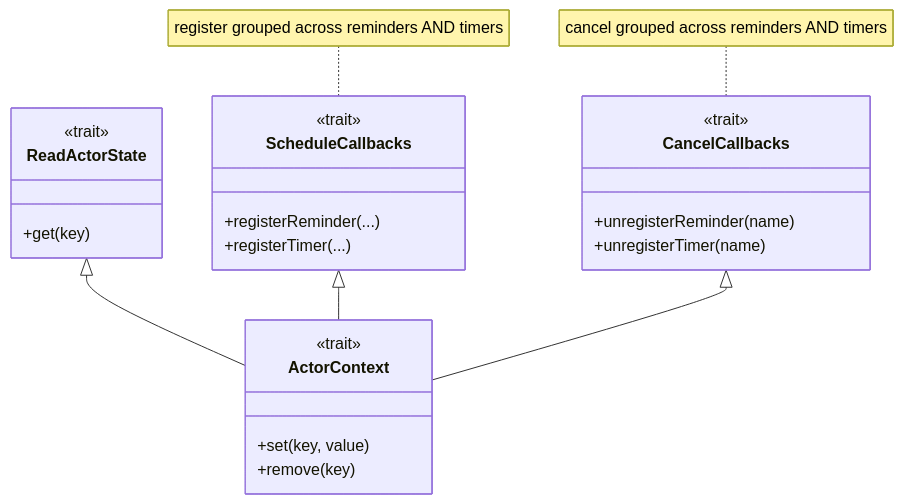
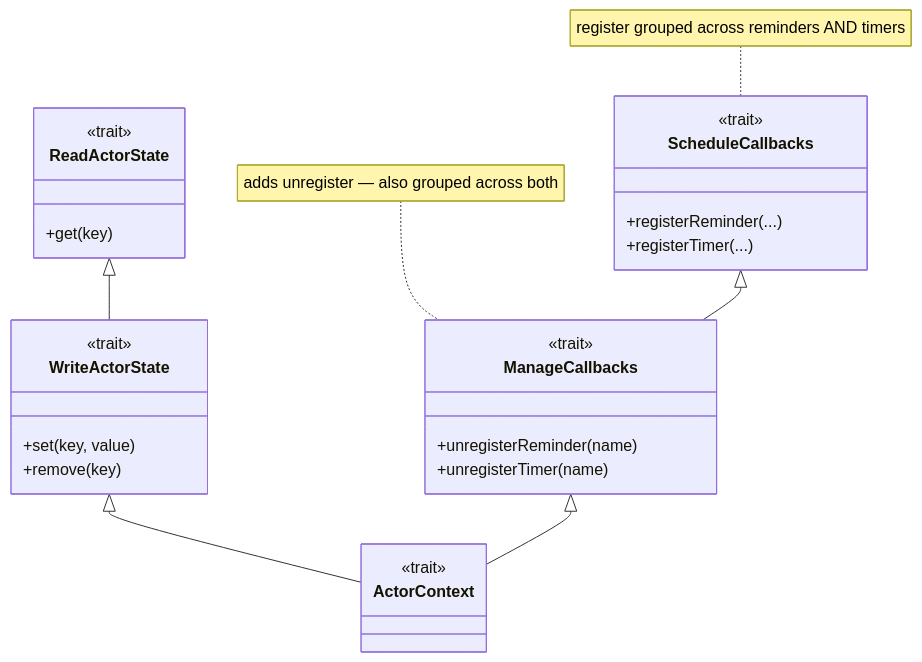
Diagram 12 of 36 in docs/CAPABILITY-SPLITS.md (sideeffffect/dapr4s), drawn with Mermaid before and after one commit. The commit also changed other lines of this file, not shown here.

First line of the commit message:
docs: make read-only-vs-rest the authority-split principle

````diff
--- a/docs/CAPABILITY-SPLITS.md
+++ b/docs/CAPABILITY-SPLITS.md
@@ -290,27 +295,31 @@
 ```mermaid
 classDiagram
     class ReadActorState {
         <<trait>>
         +get(key)
     }
+    class WriteActorState {
+        <<trait>>
+        +set(key, value)
+        +remove(key)
+    }
     class ScheduleCallbacks {
         <<trait>>
         +registerReminder(...)
         +registerTimer(...)
     }
-    class CancelCallbacks {
+    class ManageCallbacks {
         <<trait>>
         +unregisterReminder(name)
         +unregisterTimer(name)
     }
     class ActorContext {
         <<trait>>
-        +set(key, value)
-        +remove(key)
     }
-    ReadActorState <|-- ActorContext
-    ScheduleCallbacks <|-- ActorContext
-    CancelCallbacks <|-- ActorContext
+    ReadActorState <|-- WriteActorState
+    ScheduleCallbacks <|-- ManageCallbacks
+    WriteActorState <|-- ActorContext
+    ManageCallbacks <|-- ActorContext
     note for ScheduleCallbacks "register grouped across reminders AND timers"
-    note for CancelCallbacks "cancel grouped across reminders AND timers"
+    note for ManageCallbacks "adds unregister — also grouped across both"
 ```
````
